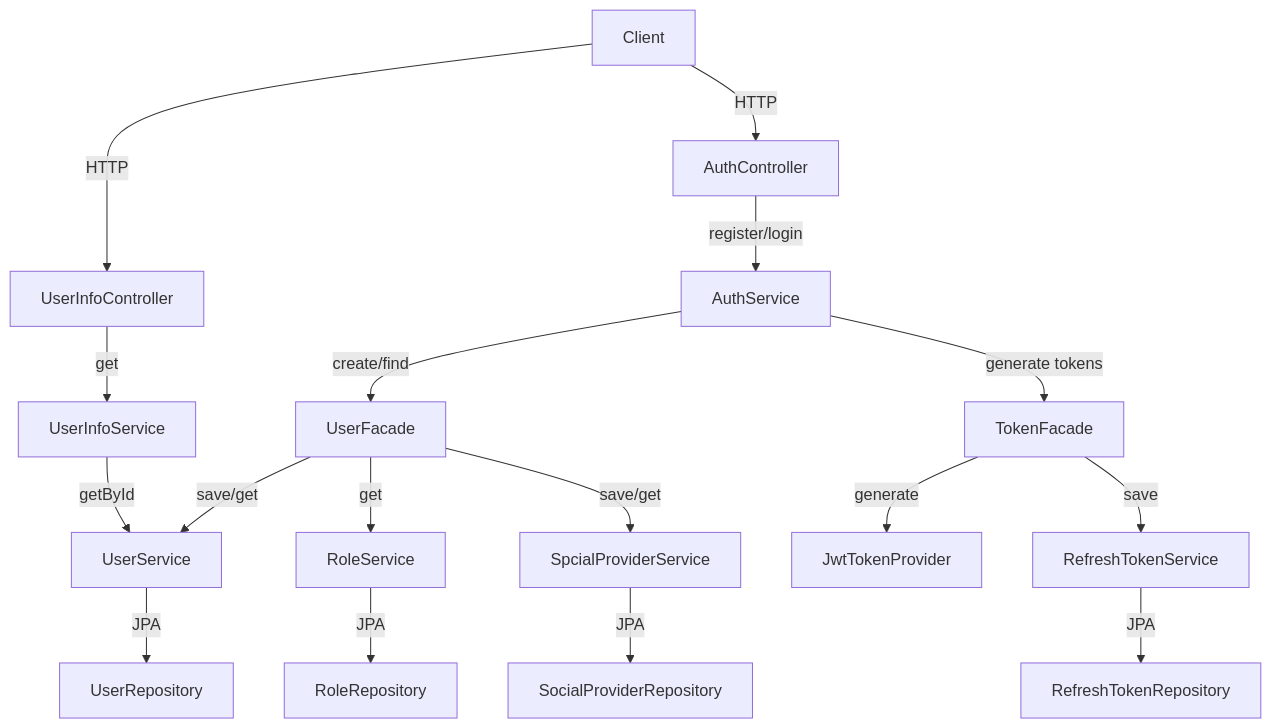
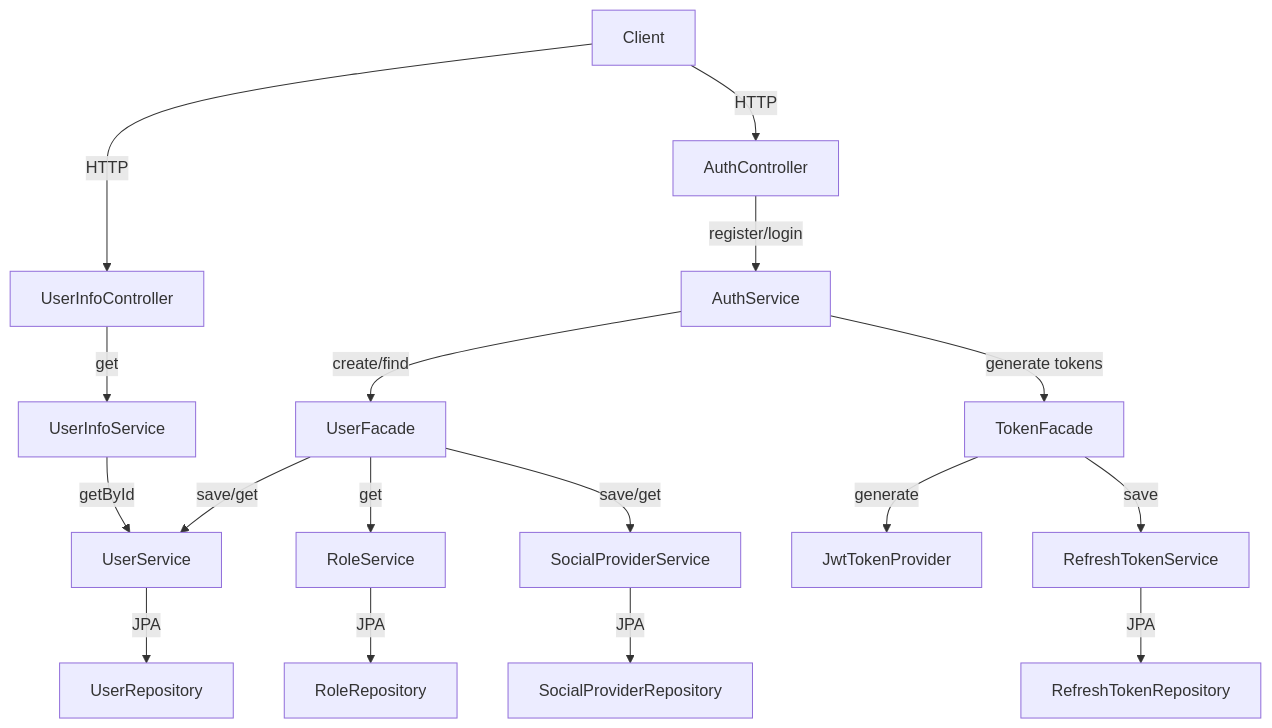
Before and after one commit to StorozhukDev/chronology: the first of 4 diagrams in README.md, drawn with Mermaid.

Commit message:
fix component Diagram - auth-service

````diff
--- a/README.md
+++ b/README.md
@@ -88,19 +88,19 @@
 ``` mermaid
 graph TD
     Client -->|HTTP| UserInfoController
     Client -->|HTTP| AuthController
     AuthController -->|register/login| AuthService
     AuthService -->|create/find| UserFacade
     UserFacade -->|save/get| UserService
     RoleService -->|JPA| RoleRepository
     UserFacade -->|get| RoleService
-    UserFacade -->|save/get| SpcialProviderService
+    UserFacade -->|save/get| SocialProviderService
     UserService -->|JPA| UserRepository
-    SpcialProviderService -->|JPA| SocialProviderRepository
+    SocialProviderService -->|JPA| SocialProviderRepository
     AuthService -->|generate tokens| TokenFacade
     TokenFacade -->|generate| JwtTokenProvider
     TokenFacade -->|save| RefreshTokenService
     RefreshTokenService -->|JPA| RefreshTokenRepository
     UserInfoController -->|get| UserInfoService
     UserInfoService -->|getById| UserService
 ```
````
